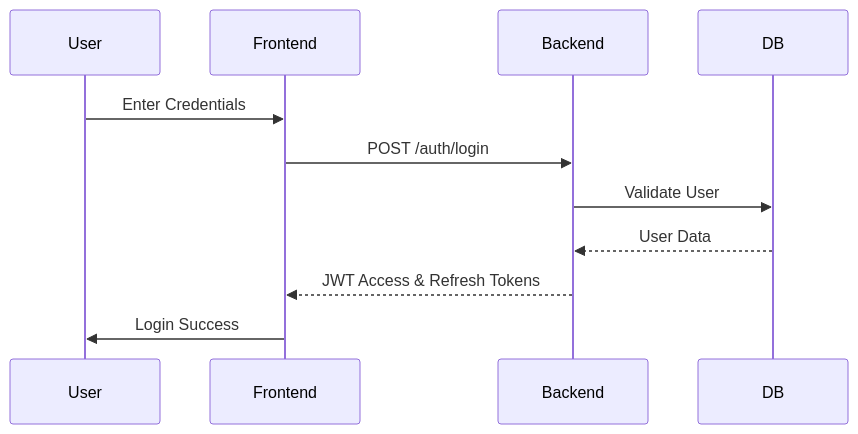
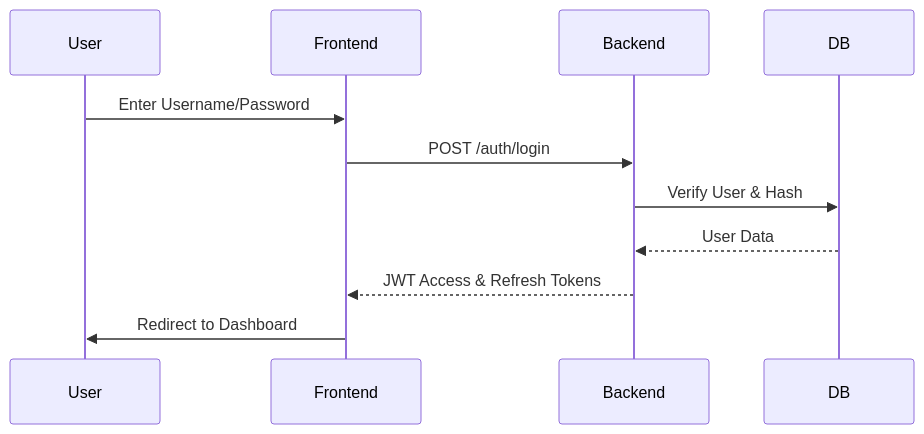
The second of 3 diagrams in README.md (azharhussaincs/IntraLink), drawn with Mermaid before and after one commit. The commit also changed other lines of this file and 6110 other files, not shown here.

````diff
--- a/README.md
+++ b/README.md
@@ -41,13 +43,13 @@
 ```mermaid
 sequenceDiagram
     participant User
     participant Frontend
     participant Backend
     participant DB
-    User->>Frontend: Enter Credentials
+    User->>Frontend: Enter Username/Password
     Frontend->>Backend: POST /auth/login
-    Backend->>DB: Validate User
+    Backend->>DB: Verify User & Hash
     DB-->>Backend: User Data
     Backend-->>Frontend: JWT Access & Refresh Tokens
-    Frontend->>User: Login Success
+    Frontend->>User: Redirect to Dashboard
 ```
````
